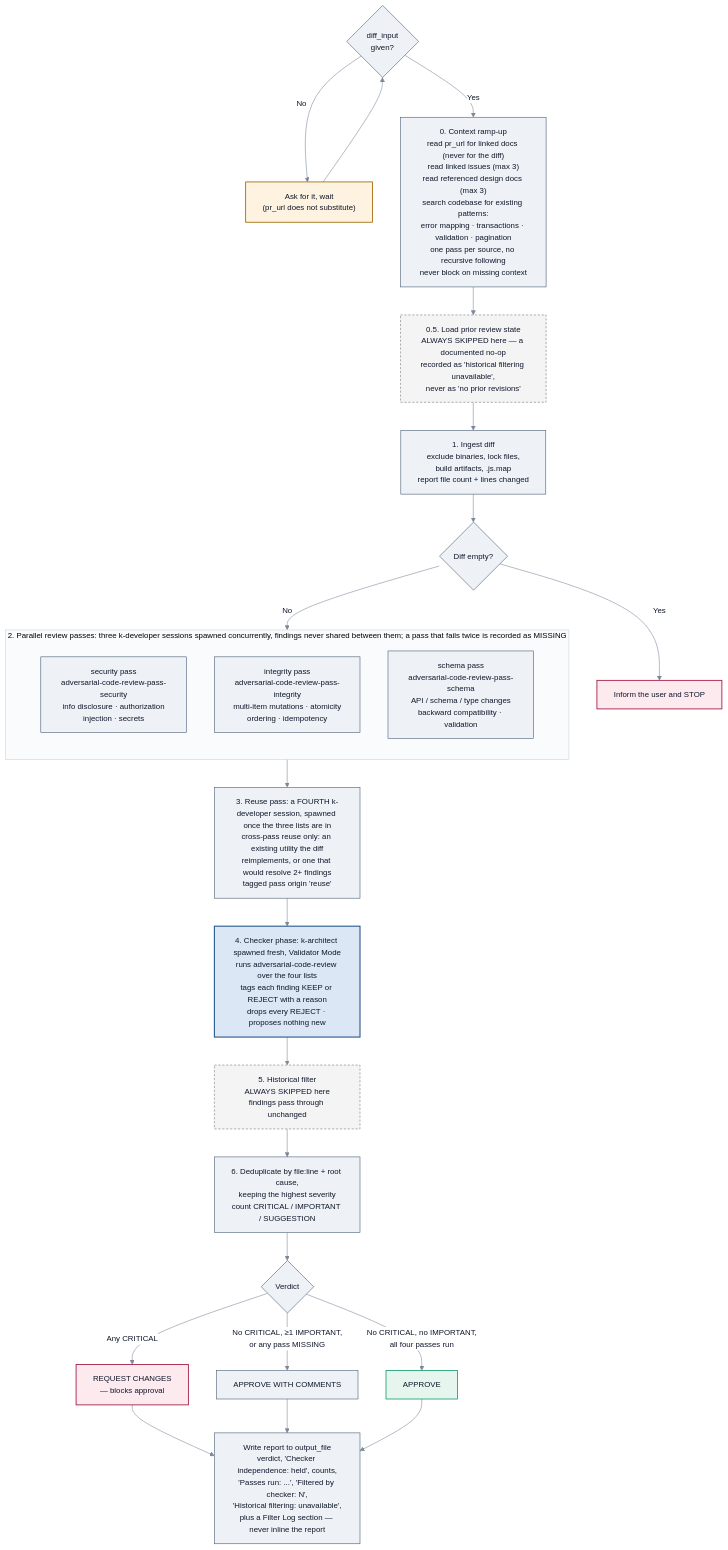
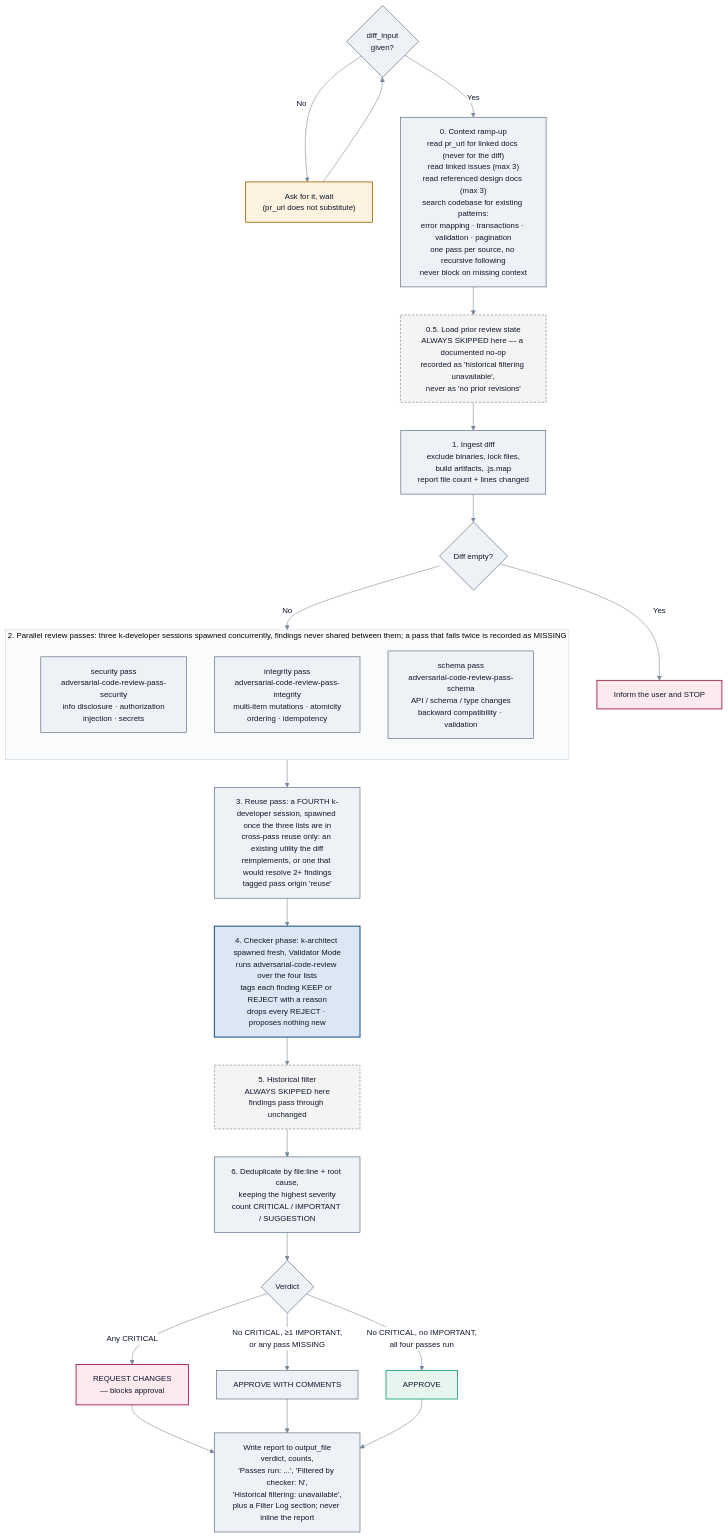
Before and after one commit to aws-solutions/konductor: the third of 4 diagrams in docs/user-guide/sop-workflows/code-review.md, drawn with Mermaid. The commit also changed other lines of this file and 8 other files, not shown here.

````diff
--- a/docs/user-guide/sop-workflows/code-review.md
+++ b/docs/user-guide/sop-workflows/code-review.md
@@ -324,52 +324,52 @@
 ```mermaid
 %%{init:{'theme':'base','themeVariables':{'fontSize':'14px','primaryColor':'#eef2f7','primaryTextColor':'#0f172a','primaryBorderColor':'#40556e','lineColor':'#7a8899','textColor':'#0f172a','edgeLabelBackground':'#ffffff','clusterBkg':'#fafbfc','clusterBorder':'#c9d2dc'}}}%%
 flowchart TD
     P{"diff_input<br/>given?"} -->|No| Ask["Ask for it, wait<br/>(pr_url does not substitute)"]
     Ask --> P
     P -->|Yes| S0
 
     S0["0. Context ramp-up<br/>read pr_url for linked docs (never for the diff)<br/>read linked issues (max 3)<br/>read referenced design docs (max 3)<br/>search codebase for existing patterns:<br/>error mapping · transactions · validation · pagination<br/>one pass per source, no recursive following<br/>never block on missing context"]
 
     S0 --> Half["0.5. Load prior review state<br/>ALWAYS SKIPPED here — a documented no-op<br/>recorded as 'historical filtering unavailable',<br/>never as 'no prior revisions'"]
     Half --> S1["1. Ingest diff<br/>exclude binaries, lock files,<br/>build artifacts, .js.map<br/>report file count + lines changed"]
     S1 --> Empty{"Diff empty?"}
     Empty -->|Yes| Stop["Inform the user and STOP"]
     Empty -->|No| Passes
 
     subgraph Passes["2. Parallel review passes: three k-developer sessions spawned concurrently, findings never shared between them; a pass that fails twice is recorded as MISSING"]
         direction TB
         S2a["security pass<br/>adversarial-code-review-pass-security<br/>info disclosure · authorization<br/>injection · secrets"]
         S2b["integrity pass<br/>adversarial-code-review-pass-integrity<br/>multi-item mutations · atomicity<br/>ordering · idempotency"]
         S2c["schema pass<br/>adversarial-code-review-pass-schema<br/>API / schema / type changes<br/>backward compatibility · validation"]
     end
 
     Passes --> S3["3. Reuse pass: a FOURTH k-developer session, spawned once the three lists are in<br/>cross-pass reuse only: an existing utility the diff<br/>reimplements, or one that would resolve 2+ findings<br/>tagged pass origin 'reuse'"]
 
     S3 --> S4["4. Checker phase: k-architect spawned fresh, Validator Mode<br/>runs adversarial-code-review over the four lists<br/>tags each finding KEEP or REJECT with a reason<br/>drops every REJECT · proposes nothing new"]
 
     S4 --> S5["5. Historical filter<br/>ALWAYS SKIPPED here<br/>findings pass through unchanged"]
 
     S5 --> S6["6. Deduplicate by file:line + root cause,<br/>keeping the highest severity<br/>count CRITICAL / IMPORTANT / SUGGESTION"]
 
     S6 --> V{"Verdict"}
     V -->|"Any CRITICAL"| RC["REQUEST CHANGES<br/>— blocks approval"]
     V -->|"No CRITICAL, ≥1 IMPORTANT,<br/>or any pass MISSING"| AC["APPROVE WITH COMMENTS"]
     V -->|"No CRITICAL, no IMPORTANT,<br/>all four passes run"| AP["APPROVE"]
 
     RC --> W
     AC --> W
     AP --> W
-    W["Write report to output_file<br/>verdict, 'Checker independence: held', counts,<br/>'Passes run: ...', 'Filtered by checker: N',<br/>'Historical filtering: unavailable',<br/>plus a Filter Log section — never inline the report"]
+    W["Write report to output_file<br/>verdict, counts,<br/>'Passes run: ...', 'Filtered by checker: N',<br/>'Historical filtering: unavailable',<br/>plus a Filter Log section; never inline the report"]
 
     class Half,S5 muted
     class Ask gate
     class Stop,RC stop
     class AP good
     class S4 focus
 
     classDef gate fill:#fdf3e0,stroke:#a06800,stroke-width:1.5px,color:#0f172a;
     classDef stop fill:#fdeaef,stroke:#a1123f,stroke-width:1.5px,color:#0f172a;
     classDef good fill:#e6f6ef,stroke:#199e70,stroke-width:1.5px,color:#0f172a;
     classDef muted fill:#f4f4f5,stroke:#8a8a8a,stroke-width:1.2px,color:#0f172a,stroke-dasharray:4 3;
     classDef focus fill:#dbe7f5,stroke:#2a5d8f,stroke-width:2px,color:#0f172a;
 ```
````
